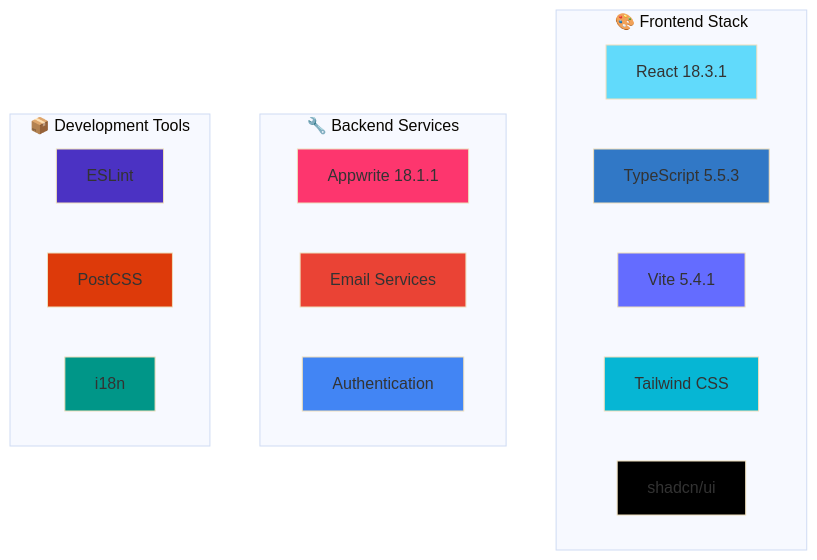
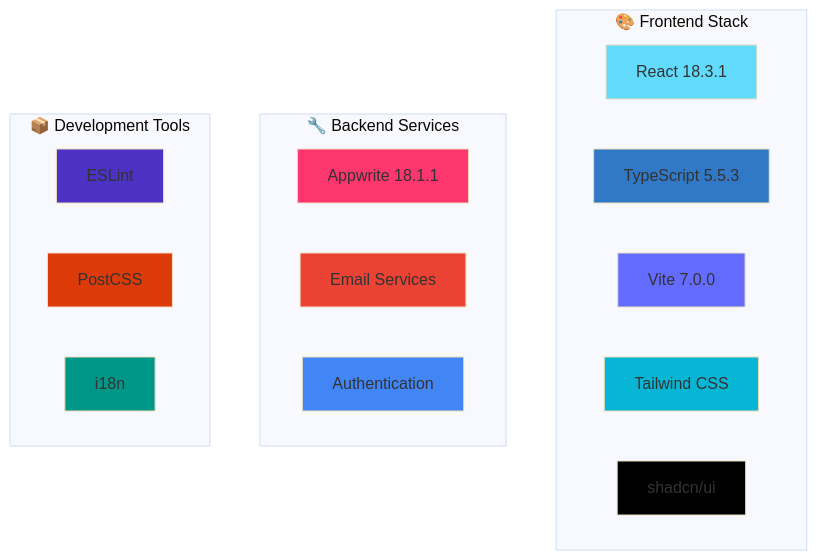
Before and after one commit to ansonlo-dev/LingUBible: the first of 2 diagrams in README.md, drawn with Mermaid (base theme). The commit also changed other lines of this file and 49 other files, not shown here.

````diff
--- a/README.md
+++ b/README.md
@@ -126,34 +126,34 @@
 ```mermaid
 graph TD
     subgraph "🎨 Frontend Stack"
         A[React 18.3.1]
         B[TypeScript 5.5.3]
-        C[Vite 5.4.1]
+        C[Vite 7.0.0]
         D[Tailwind CSS]
         E[shadcn/ui]
     end
     
     subgraph "🔧 Backend Services"
         F[Appwrite 18.1.1]
         G[Email Services]
         H[Authentication]
     end
     
     subgraph "📦 Development Tools"
         I[ESLint]
         J[PostCSS]
         K[i18n]
     end
     
     style A fill:#61dafb
     style B fill:#3178c6
     style C fill:#646cff
     style D fill:#06b6d4
     style E fill:#000000
     style F fill:#fd366e
     style G fill:#ea4335
     style H fill:#4285f4
     style I fill:#4b32c3
     style J fill:#dd3a0a
     style K fill:#009688
 ```
````
